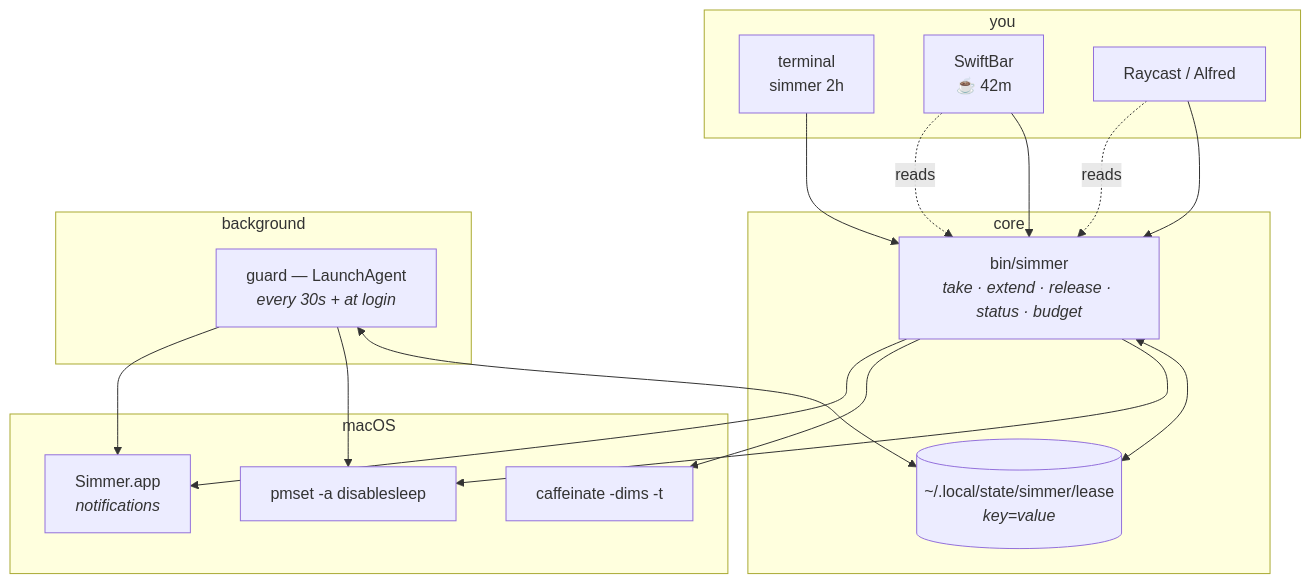
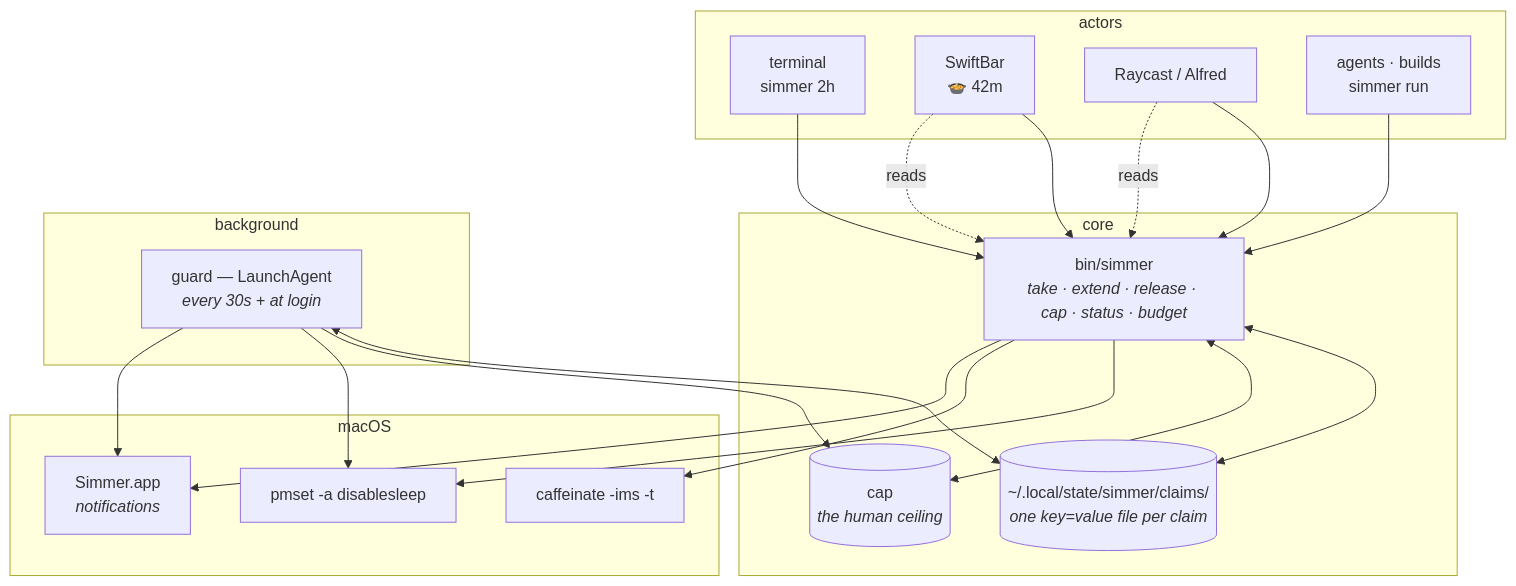
One commit to moralesl/simmer changed the diagram in ARCHITECTURE.md. Above: the diagram before and after it, drawn with Mermaid. The commit also changed other lines of this file and 12 other files, not shown here.

````diff
--- a/ARCHITECTURE.md
+++ b/ARCHITECTURE.md
@@ -10,36 +10,41 @@
 ```mermaid
 flowchart TB
-    subgraph you["you"]
+    subgraph you["actors"]
         CLI["terminal<br/>simmer 2h"]
-        MB["SwiftBar<br/>☕ 42m"]
+        MB["SwiftBar<br/>🍲 42m"]
         RC["Raycast / Alfred"]
+        AG["agents · builds<br/>simmer run"]
     end
 
     subgraph core["core"]
-        BIN["bin/simmer<br/><i>take · extend · release · status · budget</i>"]
-        LEASE[("~/.local/state/simmer/lease<br/><i>key=value</i>")]
+        BIN["bin/simmer<br/><i>take · extend · release · cap · status · budget</i>"]
+        LEDGER[("~/.local/state/simmer/claims/<br/><i>one key=value file per claim</i>")]
+        CAPF[("cap<br/><i>the human ceiling</i>")]
     end
 
     subgraph bg["background"]
         GUARD["guard — LaunchAgent<br/><i>every 30s + at login</i>"]
     end
 
     subgraph macos["macOS"]
         PMSET["pmset -a disablesleep"]
-        CAFF["caffeinate -dims -t"]
+        CAFF["caffeinate -ims -t"]
         NOTIF["Simmer.app<br/><i>notifications</i>"]
     end
 
     CLI --> BIN
     MB --> BIN
     RC --> BIN
-    BIN <--> LEASE
-    GUARD <--> LEASE
+    AG --> BIN
+    BIN <--> LEDGER
+    BIN <--> CAPF
+    GUARD <--> LEDGER
+    GUARD --> CAPF
     BIN --> PMSET
     BIN --> CAFF
     GUARD --> PMSET
     BIN --> NOTIF
     GUARD --> NOTIF
     MB -. reads .-> BIN
     RC -. reads .-> BIN
 ```
````
